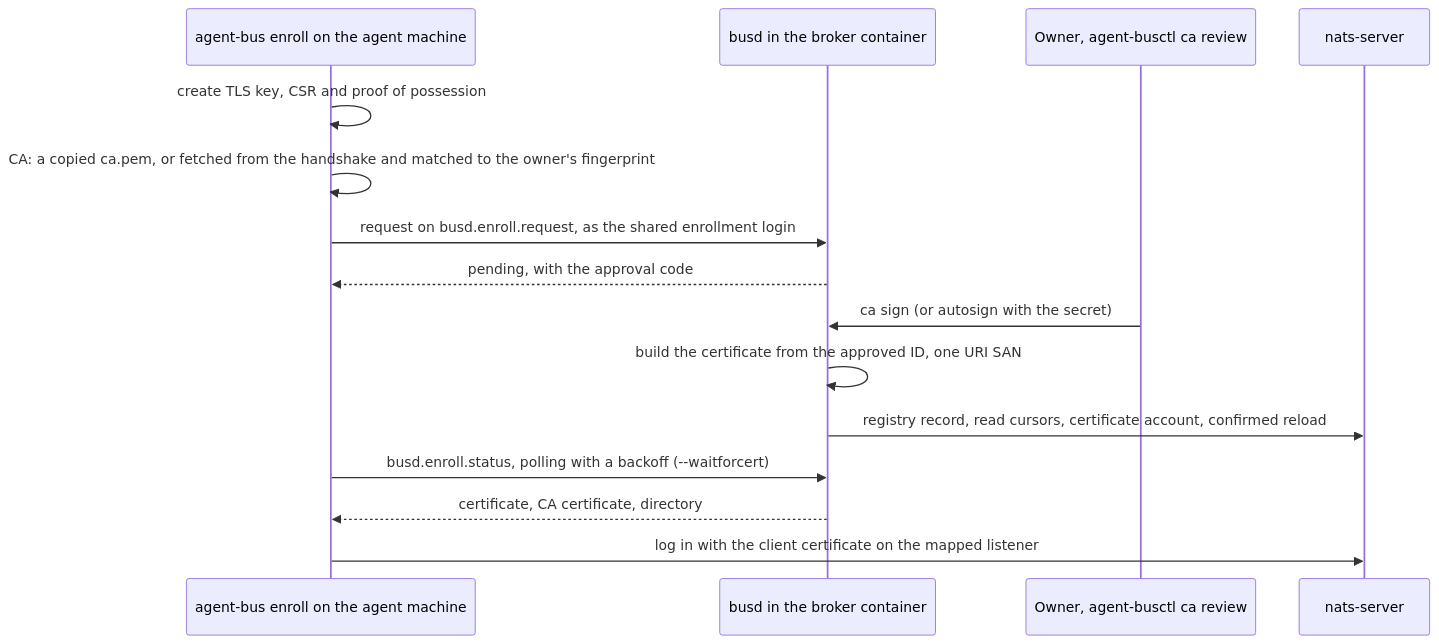
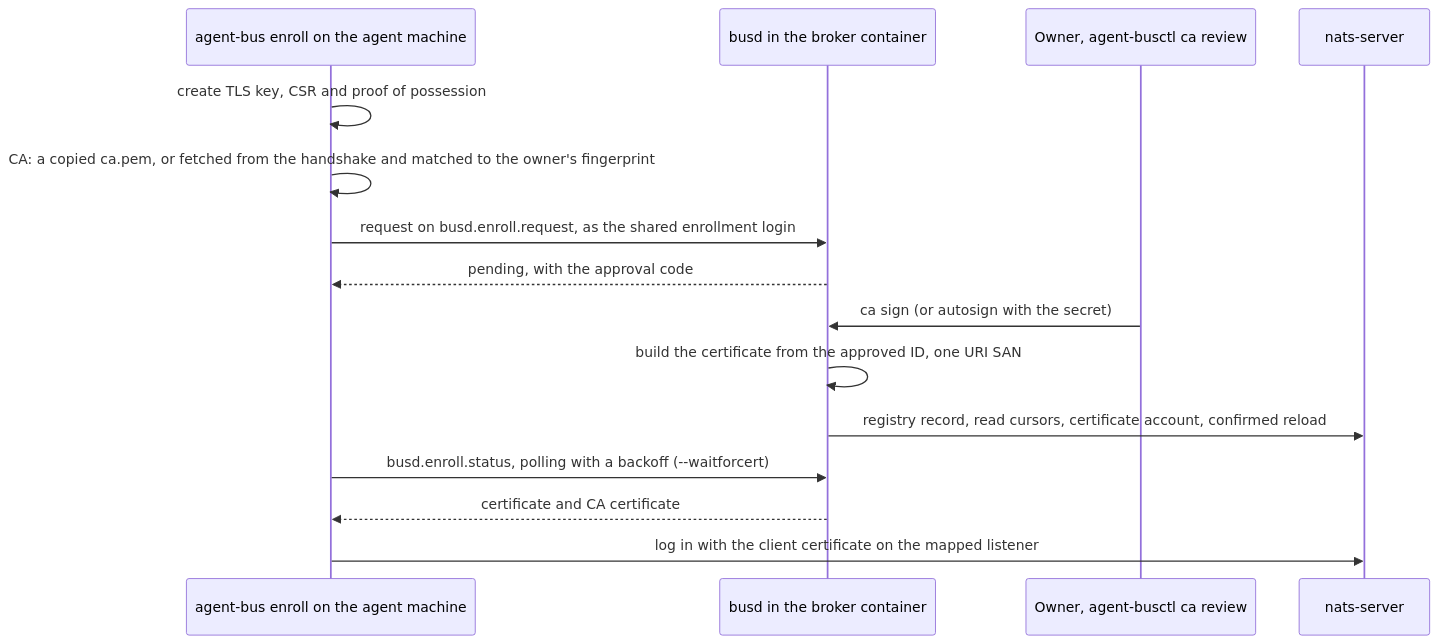
Before and after one commit to gentoomaniac/agent-bus: the second of 2 diagrams in docs/design/access-control.md, drawn with Mermaid. The commit also changed other lines of this file and 1 other file, not shown here.

````diff
--- a/docs/design/access-control.md
+++ b/docs/design/access-control.md
@@ -150,17 +210,17 @@
 ```mermaid
 sequenceDiagram
   participant Agent as agent-bus enroll on the agent machine
   participant Busd as busd in the broker container
   participant Owner as Owner, agent-busctl ca review
   participant Broker as nats-server
   Agent->>Agent: create TLS key, CSR and proof of possession
   Agent->>Agent: CA: a copied ca.pem, or fetched from the handshake and matched to the owner's fingerprint
   Agent->>Busd: request on busd.enroll.request, as the shared enrollment login
   Busd-->>Agent: pending, with the approval code
   Owner->>Busd: ca sign (or autosign with the secret)
   Busd->>Busd: build the certificate from the approved ID, one URI SAN
   Busd->>Broker: registry record, read cursors, certificate account, confirmed reload
   Agent->>Busd: busd.enroll.status, polling with a backoff (--waitforcert)
-  Busd-->>Agent: certificate, CA certificate, directory
+  Busd-->>Agent: certificate and CA certificate
   Agent->>Broker: log in with the client certificate on the mapped listener
 ```
````
